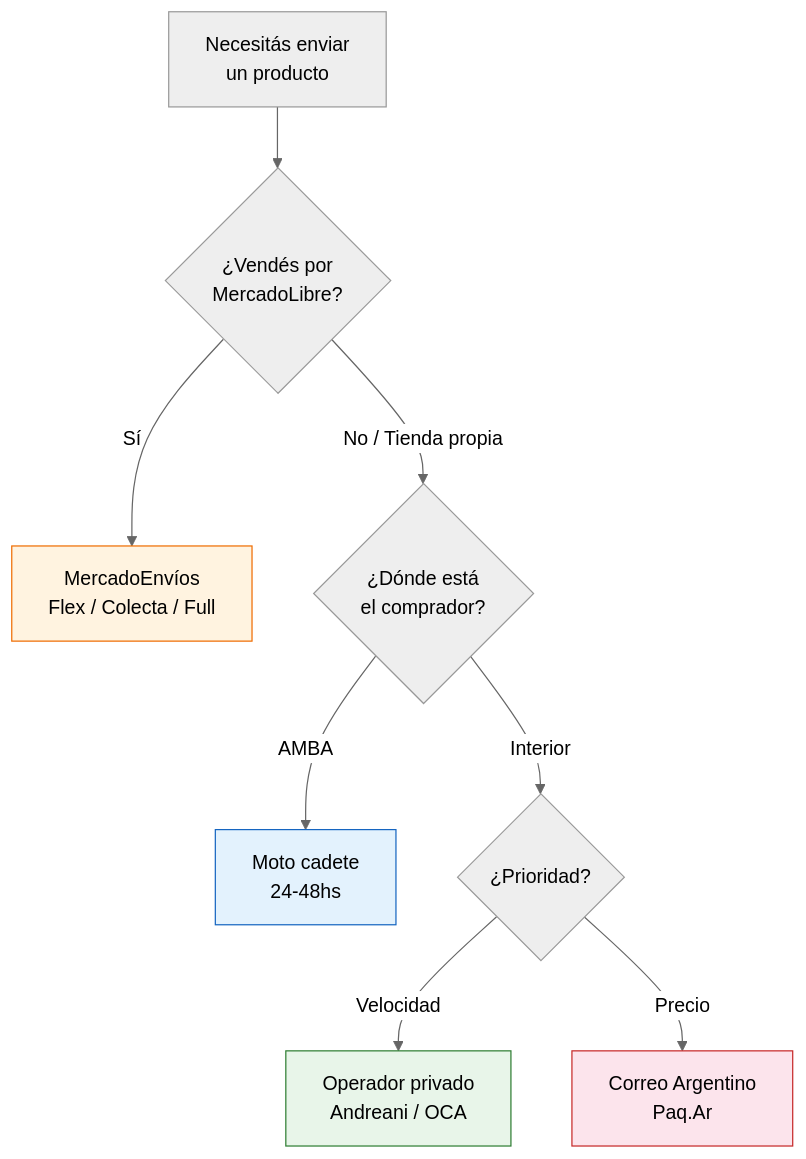
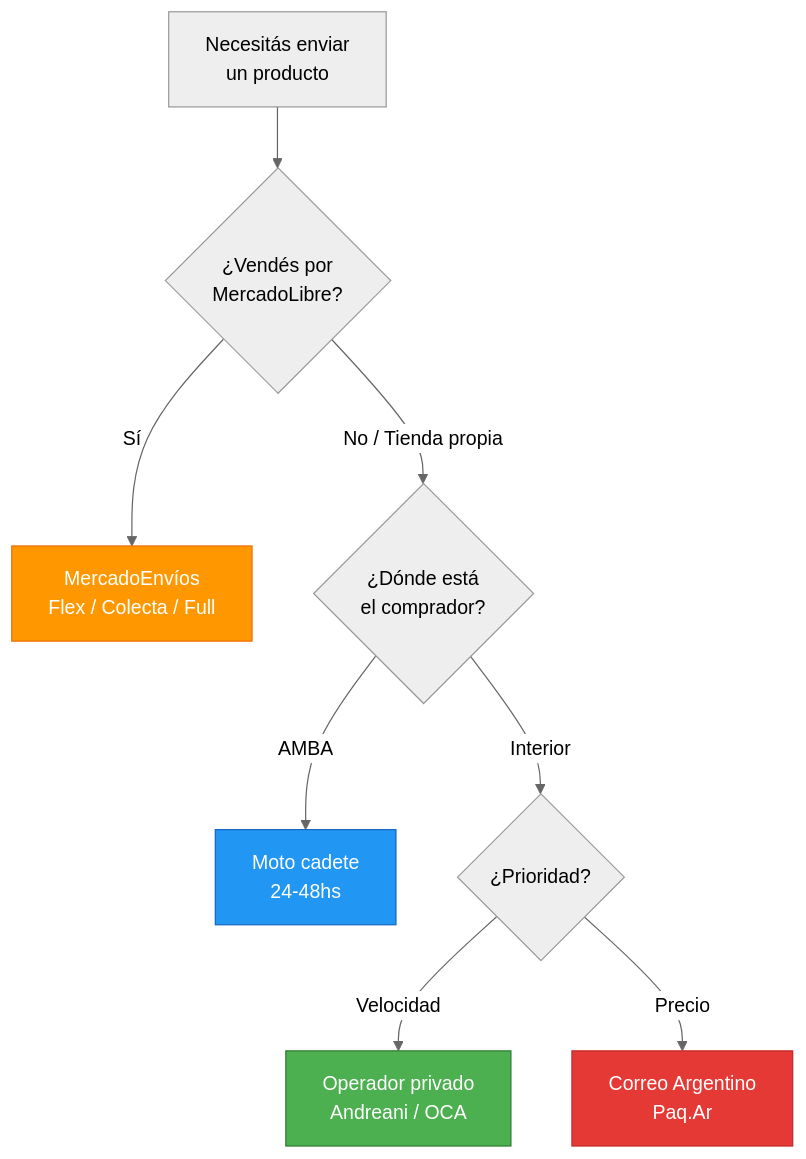
One commit to barrosignacioezequiel-coder/docs changed the diagram in app/paso1-argentina/empezar-de-cero/logistica-envios-locales.mdx. Above: the diagram before and after it, drawn with Mermaid (neutral theme). The commit also changed 66 other files, not shown here.

First line of the commit message:
fix: resolve Mermaid v11 numbered list errors + improve contrast

````diff
--- a/app/paso1-argentina/empezar-de-cero/logistica-envios-locales.mdx
+++ b/app/paso1-argentina/empezar-de-cero/logistica-envios-locales.mdx
@@ -15,15 +15,15 @@
 ```mermaid
 graph TD
     A["Necesitás enviar<br/>un producto"] --> B{"¿Vendés por<br/>MercadoLibre?"}
     B -->|Sí| C["MercadoEnvíos<br/>Flex / Colecta / Full"]
     B -->|No / Tienda propia| D{"¿Dónde está<br/>el comprador?"}
     D -->|AMBA| E["Moto cadete<br/>24-48hs"]
     D -->|Interior| F{"¿Prioridad?"}
     F -->|Velocidad| G["Operador privado<br/>Andreani / OCA"]
     F -->|Precio| H["Correo Argentino<br/>Paq.Ar"]
 
-    style C fill:#fff3e0,stroke:#ef6c00
-    style E fill:#e3f2fd,stroke:#1565c0
-    style G fill:#e8f5e9,stroke:#2e7d32
-    style H fill:#fce4ec,stroke:#c62828
+    style C fill:#ff9800,stroke:#ef6c00,color:#fff
+    style E fill:#2196f3,stroke:#1565c0,color:#fff
+    style G fill:#4caf50,stroke:#2e7d32,color:#fff
+    style H fill:#e53935,stroke:#c62828,color:#fff
 ```
````
